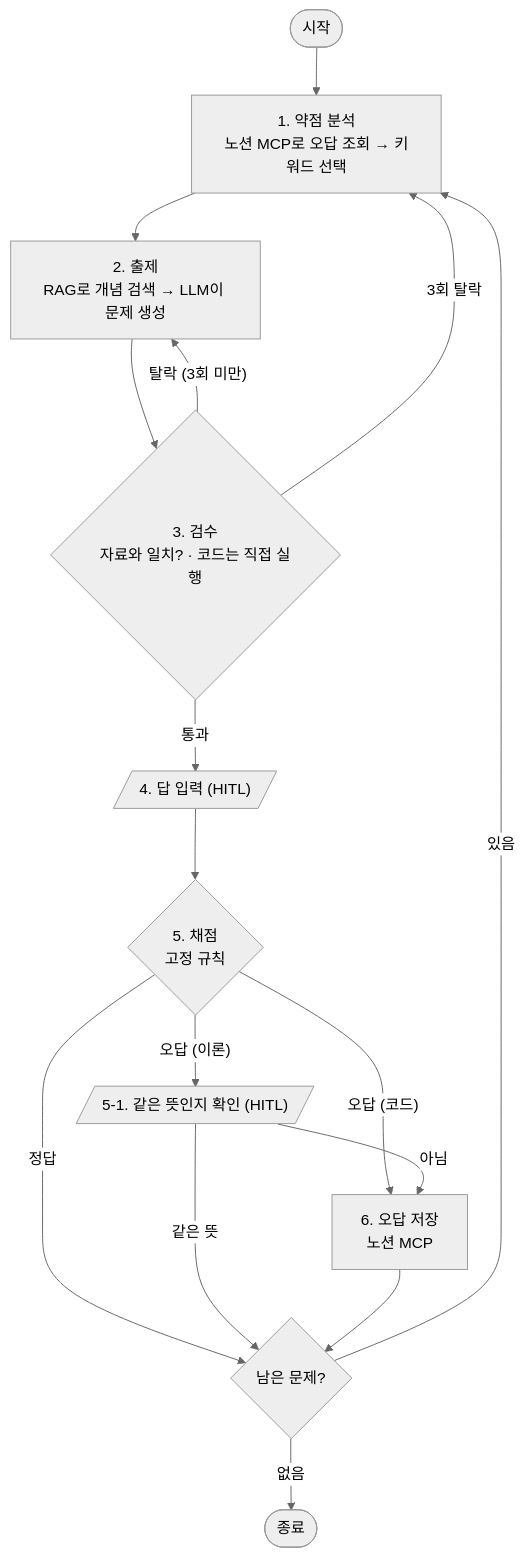
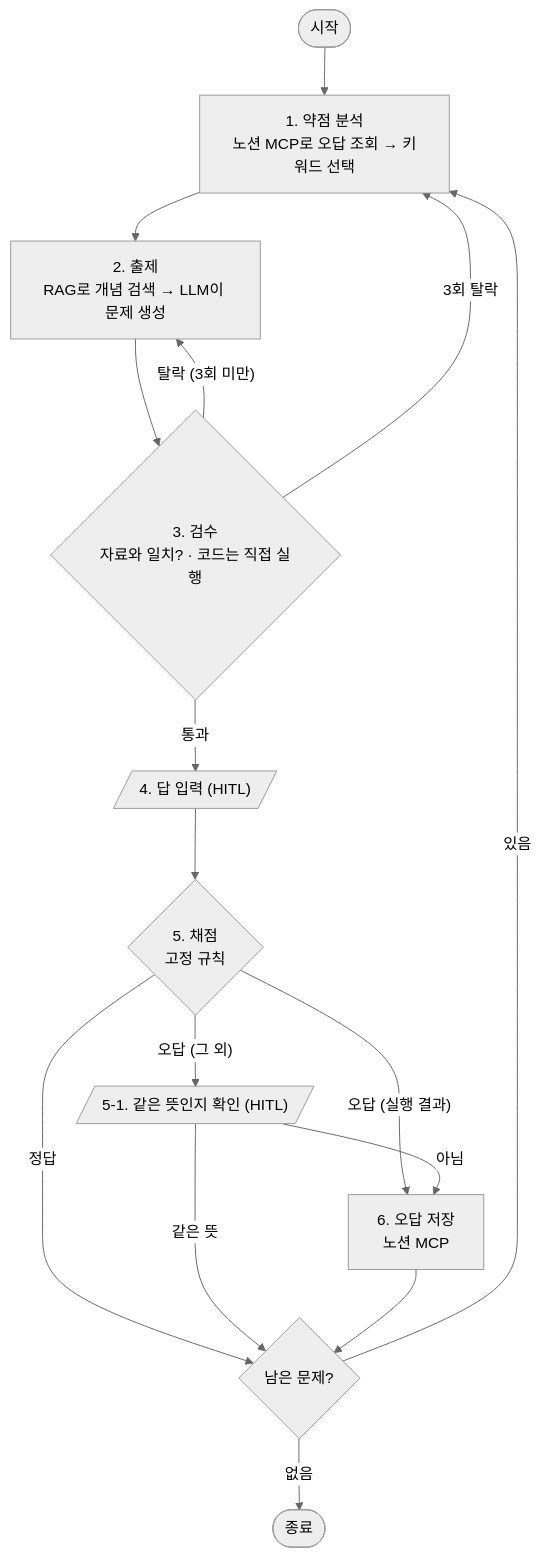
Before and after one commit to Gahyun0121/jeongcheogi-agent: the diagram in README.md, drawn with Mermaid (neutral theme). The commit also changed other lines of this file and 5 other files, not shown here.

````diff
--- a/README.md
+++ b/README.md
@@ -36,18 +50,18 @@
 ```mermaid
 flowchart TD
     S([시작]) --> A["1. 약점 분석<br/>노션 MCP로 오답 조회 → 키워드 선택"]
     A --> G["2. 출제<br/>RAG로 개념 검색 → LLM이 문제 생성"]
     G --> R{"3. 검수<br/>자료와 일치? · 코드는 직접 실행"}
     R -- "탈락 (3회 미만)" --> G
     R -- "3회 탈락" --> A
     R -- 통과 --> Q[/"4. 답 입력 (HITL)"/]
     Q --> C{"5. 채점<br/>고정 규칙"}
     C -- 정답 --> D{"남은 문제?"}
-    C -- "오답 (코드)" --> W["6. 오답 저장<br/>노션 MCP"]
-    C -- "오답 (이론)" --> H[/"5-1. 같은 뜻인지 확인 (HITL)"/]
+    C -- "오답 (실행 결과)" --> W["6. 오답 저장<br/>노션 MCP"]
+    C -- "오답 (그 외)" --> H[/"5-1. 같은 뜻인지 확인 (HITL)"/]
     H -- 같은 뜻 --> D
     H -- 아님 --> W
     W --> D
     D -- 있음 --> A
     D -- 없음 --> E([종료])
 ```
````
